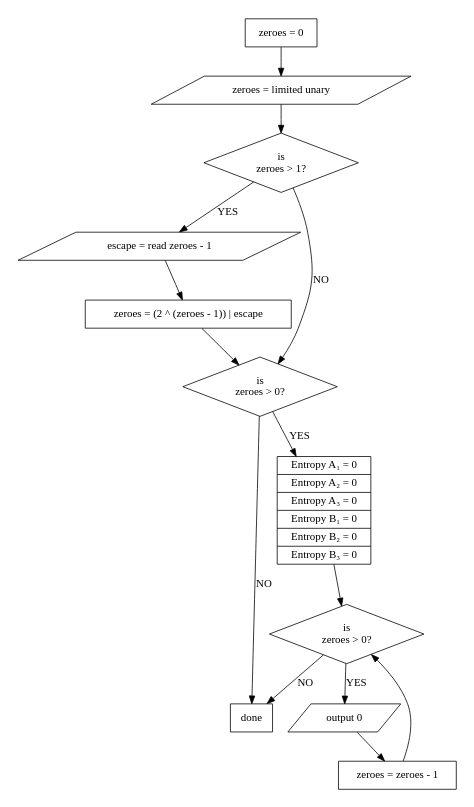
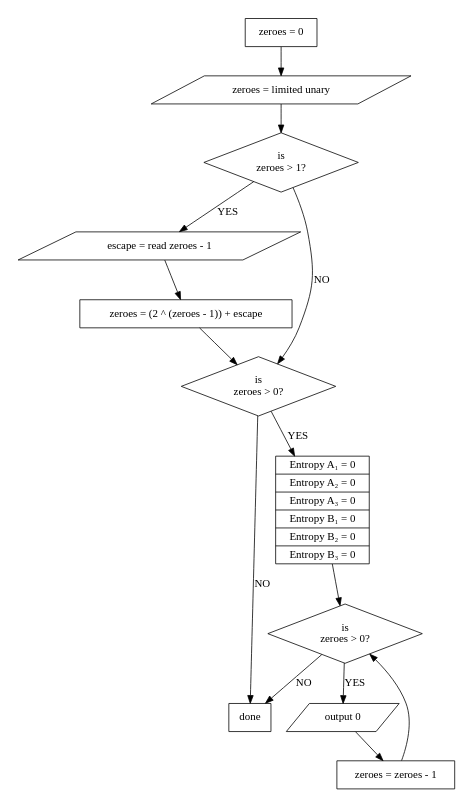
The diagram in docs/reference/figures/wavpack_read_zeroes.dot (tuffy/python-audio-tools), drawn with Graphviz before and after one commit. The commit also changed 3 other files, not shown here.

```diff
--- a/docs/reference/figures/wavpack_read_zeroes.dot
+++ b/docs/reference/figures/wavpack_read_zeroes.dot
@@ -1,31 +1,31 @@
 digraph wavpack_zeroes {
   node [fontname="DejaVuSans"];
   edge [fontname="DejaVuSans"];
   size = "3,9";
   margin ="0";
 
   init [shape=record,label="{zeroes = 0}"];
   done [shape=record,label="{done}"];
 
   read_t1 [shape=parallelogram,label="zeroes = limited unary"];
   test_t [shape=diamond,label="is\nzeroes > 1?"];
   read_escape [shape=parallelogram,label="escape = read zeroes - 1"];
-  update_t [shape=box,label="zeroes = (2 ^ (zeroes - 1)) | escape"];
+  update_t [shape=box,label="zeroes = (2 ^ (zeroes - 1)) + escape"];
   test_zeroes [shape=diamond,label="is\nzeroes > 0?"];
   update_entropy [shape=record,label="{Entropy A₁ = 0|Entropy A₂ = 0|Entropy A₃ = 0|Entropy B₁ = 0|Entropy B₂ = 0|Entropy B₃ = 0}"];
   loop_test [shape=diamond,label="is\nzeroes > 0?"];
   output_zero [shape=parallelogram,label="output 0"];
   decrement_zeroes [shape=box,label="zeroes = zeroes - 1"];
 
   init -> read_t1;
   read_t1 -> test_t;
   test_t -> read_escape [label="YES"];
   read_escape -> update_t -> test_zeroes;
   test_t -> test_zeroes [label="NO"];
   test_zeroes -> done [label="NO"];
   test_zeroes -> update_entropy [label="YES"];
   update_entropy -> loop_test;
   loop_test -> output_zero [label="YES"];
   loop_test -> done [label="NO"];
   output_zero -> decrement_zeroes -> loop_test;
 }
```
